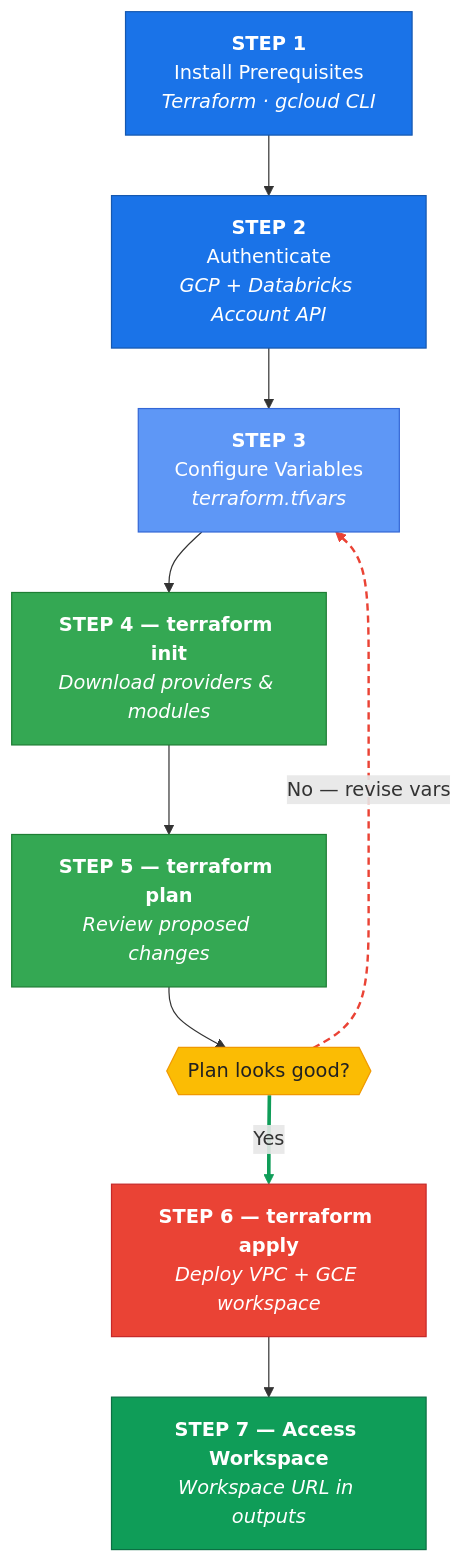
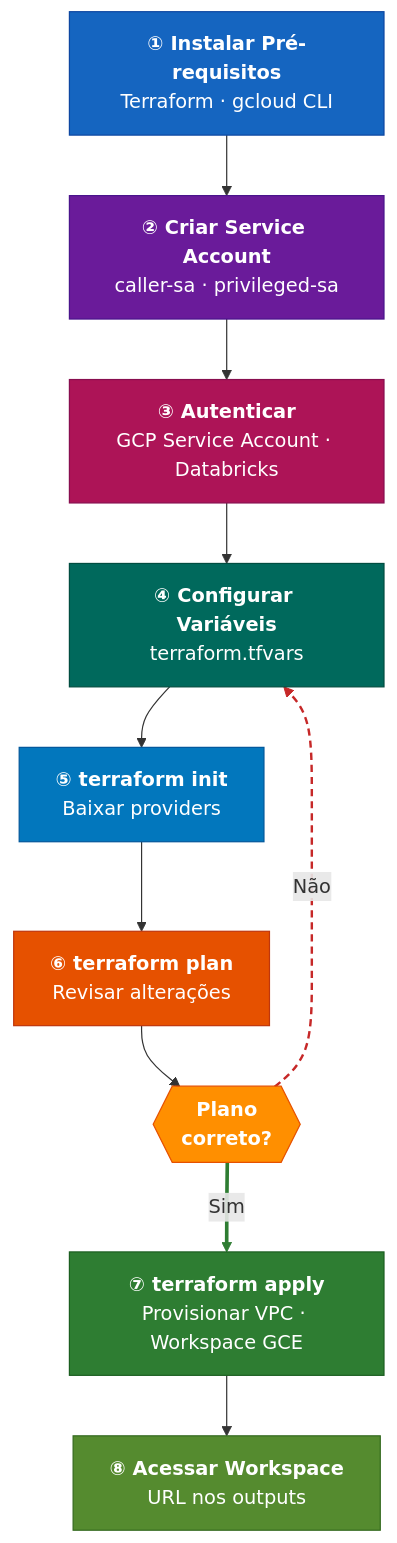
Before and after one commit to juliandrof/terraform-databricks-gcp-cmvpc: the diagram in images/workflow.mmd, drawn with Mermaid. The commit also changed 14 other files, not shown here.

```diff
--- a/images/workflow.mmd
+++ b/images/workflow.mmd
@@ -1,30 +1,33 @@
 flowchart TD
-    S1["<b>STEP 1</b><br/>Install Prerequisites<br/><i>Terraform · gcloud CLI</i>"]
-    S2["<b>STEP 2</b><br/>Authenticate<br/><i>GCP + Databricks Account API</i>"]
-    S3["<b>STEP 3</b><br/>Configure Variables<br/><i>terraform.tfvars</i>"]
-    S4["<b>STEP 4 — terraform init</b><br/><i>Download providers &amp; modules</i>"]
-    S5["<b>STEP 5 — terraform plan</b><br/><i>Review proposed changes</i>"]
-    DEC{{"Plan looks good?"}}
-    S6["<b>STEP 6 — terraform apply</b><br/><i>Deploy VPC + GCE workspace</i>"]
-    S7["<b>STEP 7 — Access Workspace</b><br/><i>Workspace URL in outputs</i>"]
+    S1["<b>① Instalar Pré-requisitos</b><br/>Terraform · gcloud CLI"]
+    S2["<b>② Criar Service Account</b><br/>caller-sa · privileged-sa"]
+    S3["<b>③ Autenticar</b><br/>GCP Service Account · Databricks"]
+    S4["<b>④ Configurar Variáveis</b><br/>terraform.tfvars"]
+    S5["<b>⑤ terraform init</b><br/>Baixar providers"]
+    S6["<b>⑥ terraform plan</b><br/>Revisar alterações"]
+    D1{{"<b>Plano<br/>correto?</b>"}}
+    S7["<b>⑦ terraform apply</b><br/>Provisionar VPC · Workspace GCE"]
+    S8["<b>⑧ Acessar Workspace</b><br/>URL nos outputs"]
 
     S1 --> S2
     S2 --> S3
     S3 --> S4
     S4 --> S5
-    S5 --> DEC
-    DEC -->|"Yes"| S6
-    DEC -->|"No — revise vars"| S3
-    S6 --> S7
+    S5 --> S6
+    S6 --> D1
+    D1 -->|"Sim"| S7
+    D1 -->|"Não"| S4
+    S7 --> S8
 
-    style S1 fill:#1A73E8,stroke:#1558B0,color:#FFFFFF
-    style S2 fill:#1A73E8,stroke:#1558B0,color:#FFFFFF
-    style S3 fill:#5E97F6,stroke:#3367D6,color:#FFFFFF
-    style S4 fill:#34A853,stroke:#1E7E34,color:#FFFFFF
-    style S5 fill:#34A853,stroke:#1E7E34,color:#FFFFFF
-    style DEC fill:#FBBC04,stroke:#F09900,color:#212121
-    style S6 fill:#EA4335,stroke:#C62828,color:#FFFFFF
-    style S7 fill:#0F9D58,stroke:#0B7043,color:#FFFFFF
+    style S1 fill:#1565C0,stroke:#0D47A1,color:#FFFFFF
+    style S2 fill:#6A1B9A,stroke:#4A148C,color:#FFFFFF
+    style S3 fill:#AD1457,stroke:#880E4F,color:#FFFFFF
+    style S4 fill:#00695C,stroke:#004D40,color:#FFFFFF
+    style S5 fill:#0277BD,stroke:#01579B,color:#FFFFFF
+    style S6 fill:#E65100,stroke:#BF360C,color:#FFFFFF
+    style D1 fill:#FF8F00,stroke:#E65100,color:#FFFFFF
+    style S7 fill:#2E7D32,stroke:#1B5E20,color:#FFFFFF
+    style S8 fill:#558B2F,stroke:#33691E,color:#FFFFFF
 
-    linkStyle 5 stroke:#0F9D58,stroke-width:3px
-    linkStyle 6 stroke:#EA4335,stroke-width:2px,stroke-dasharray:6 4
+    linkStyle 6 stroke:#2E7D32,stroke-width:3px
+    linkStyle 7 stroke:#C62828,stroke-width:2px,stroke-dasharray:6 4
```
